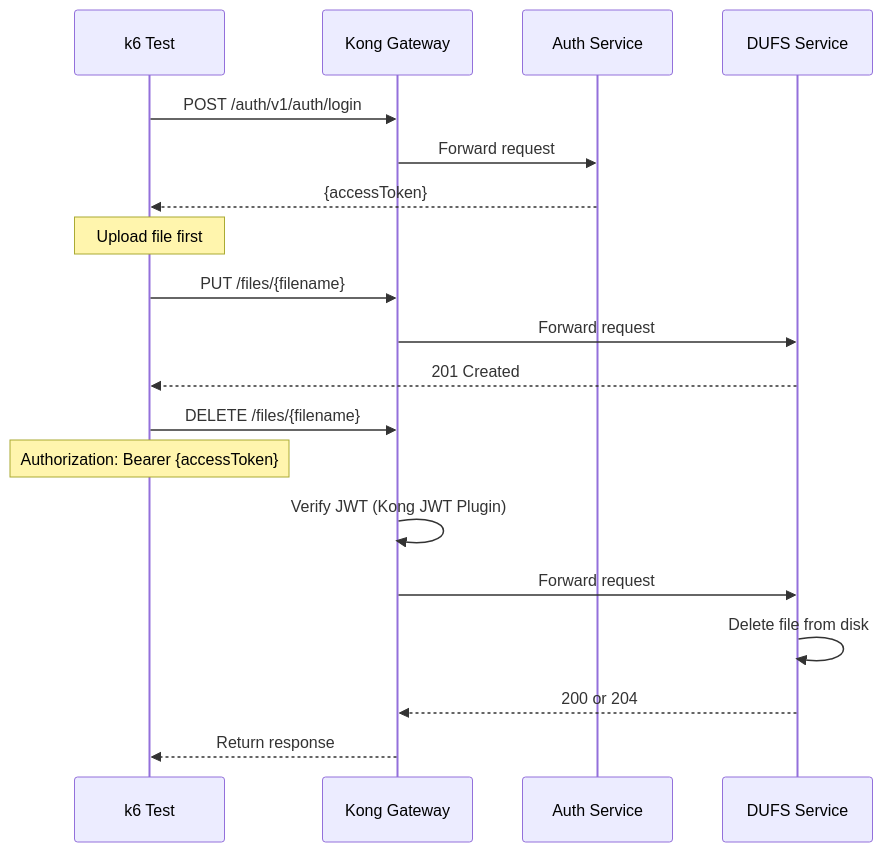
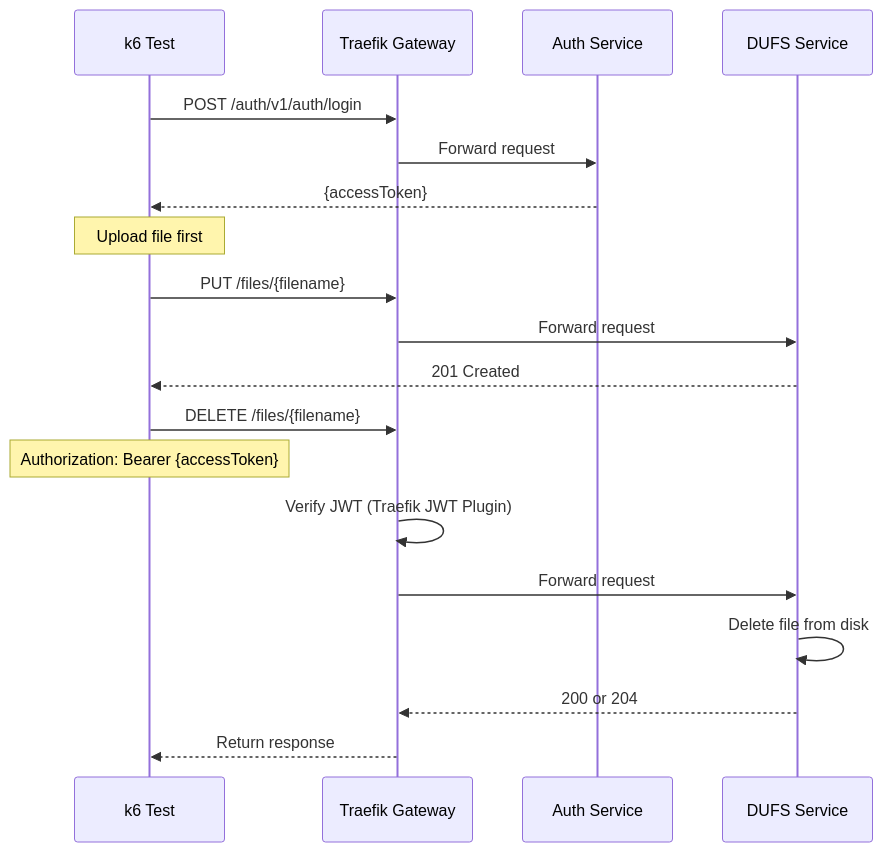
The diagram in k6-tests/src/services/dufs/test-delete.md (tinhthanh/nestjs-microservices), drawn with Mermaid before and after one commit. The commit also changed 47 other files, not shown here.

````diff
--- a/k6-tests/src/services/dufs/test-delete.md
+++ b/k6-tests/src/services/dufs/test-delete.md
@@ -5,24 +5,24 @@
 ```mermaid
 sequenceDiagram
     participant K6 as k6 Test
-    participant Kong as Kong Gateway
+    participant Traefik as Traefik Gateway
     participant Auth as Auth Service
     participant DUFS as DUFS Service
 
-    K6->>Kong: POST /auth/v1/auth/login
-    Kong->>Auth: Forward request
+    K6->>Traefik: POST /auth/v1/auth/login
+    Traefik->>Auth: Forward request
     Auth-->>K6: {accessToken}
     
     Note over K6: Upload file first
-    K6->>Kong: PUT /files/{filename}
-    Kong->>DUFS: Forward request
+    K6->>Traefik: PUT /files/{filename}
+    Traefik->>DUFS: Forward request
     DUFS-->>K6: 201 Created
     
-    K6->>Kong: DELETE /files/{filename}
+    K6->>Traefik: DELETE /files/{filename}
     Note over K6: Authorization: Bearer {accessToken}
-    Kong->>Kong: Verify JWT (Kong JWT Plugin)
-    Kong->>DUFS: Forward request
+    Traefik->>Traefik: Verify JWT (Traefik JWT Plugin)
+    Traefik->>DUFS: Forward request
     DUFS->>DUFS: Delete file from disk
-    DUFS-->>Kong: 200 or 204
-    Kong-->>K6: Return response
+    DUFS-->>Traefik: 200 or 204
+    Traefik-->>K6: Return response
 ```
````
